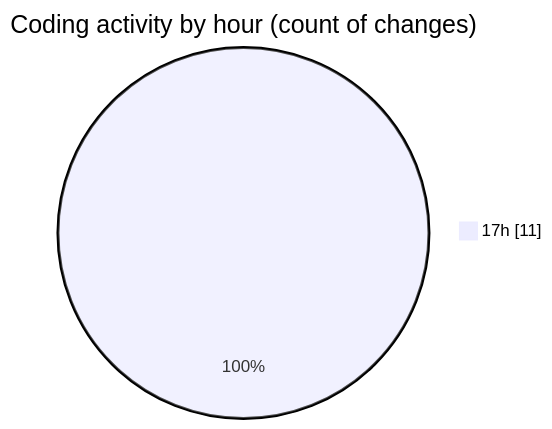
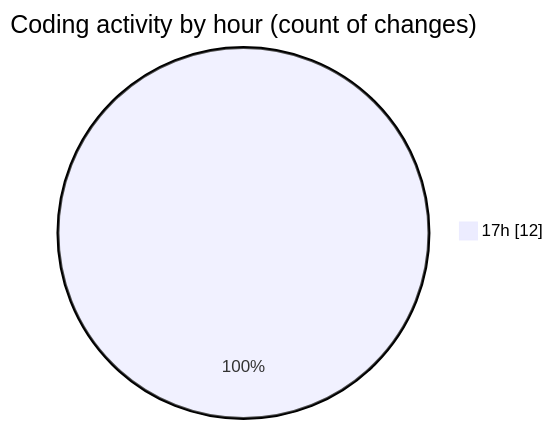
The second of 2 diagrams in 2025-02-13/image-composer/README.md (robertbonfada/code-tracking), drawn with Mermaid before and after one commit. The commit also changed other lines of this file and 1 other file, not shown here.

````diff
--- a/2025-02-13/image-composer/README.md
+++ b/2025-02-13/image-composer/README.md
@@ -28,5 +28,5 @@
 ```mermaid
 pie showData
 title Coding activity by hour (count of changes)
-"17h" : 11
+"17h" : 12
 ```
````
